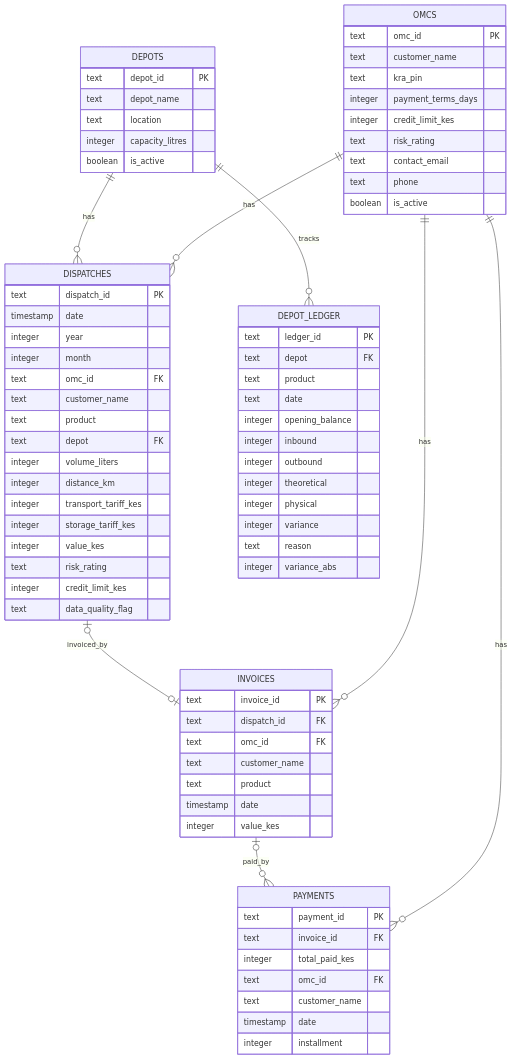
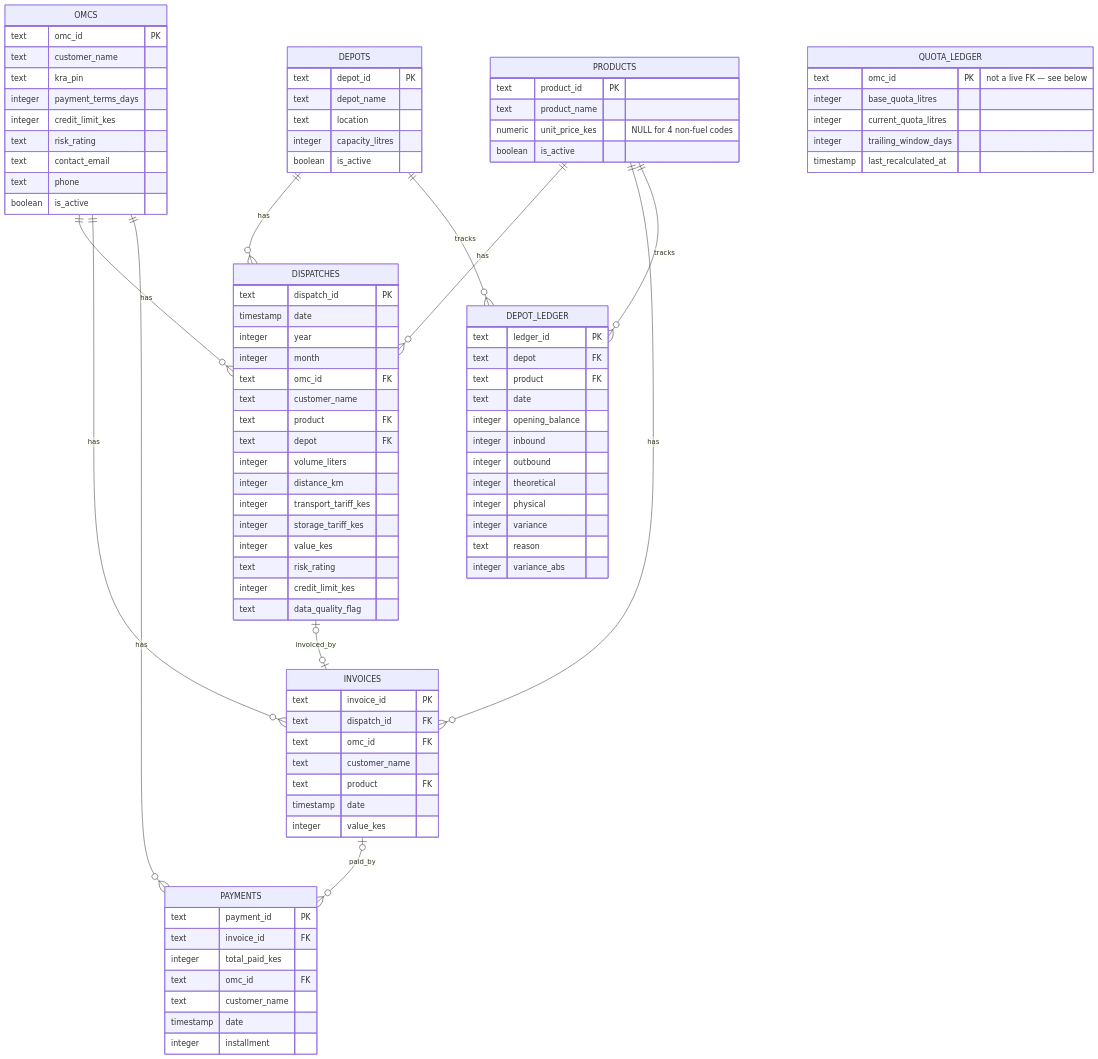
One commit to TristanBrian/revenue-assurance changed the diagram in backend/SCHEMA_NOTES.md. Above: the diagram before and after it, drawn with Mermaid. The commit also changed other lines of this file and 1 other file, not shown here.

Commit message:
docs: update schema docs for products, depots, and quota_ledger

```diff
--- a/backend/SCHEMA_NOTES.md
+++ b/backend/SCHEMA_NOTES.md
@@ -20,6 +22,9 @@
   OMCS ||--o{ PAYMENTS : has
   DEPOTS ||--o{ DISPATCHES : has
   DEPOTS ||--o{ DEPOT_LEDGER : tracks
+  PRODUCTS ||--o{ DISPATCHES : has
+  PRODUCTS ||--o{ INVOICES : has
+  PRODUCTS ||--o{ DEPOT_LEDGER : tracks
   DISPATCHES |o--o| INVOICES : invoiced_by
   INVOICES |o--o{ PAYMENTS : paid_by
 
@@ -35,11 +40,26 @@
     boolean is_active
   }
 
+  QUOTA_LEDGER {
+    text omc_id PK "not a live FK — see below"
+    integer base_quota_litres
+    integer current_quota_litres
+    integer trailing_window_days
+    timestamp last_recalculated_at
+  }
+
   DEPOTS {
     text depot_id PK
     text depot_name
     text location
     integer capacity_litres
+    boolean is_active
+  }
+
+  PRODUCTS {
+    text product_id PK
+    text product_name
+    numeric unit_price_kes "NULL for 4 non-fuel codes"
     boolean is_active
   }
 
@@ -50,7 +70,7 @@
     integer month
     text omc_id FK
     text customer_name
-    text product
+    text product FK
     text depot FK
     integer volume_liters
     integer distance_km
@@ -67,7 +87,7 @@
     text dispatch_id FK
     text omc_id FK
     text customer_name
-    text product
+    text product FK
     timestamp date
     integer value_kes
   }
@@ -85,7 +105,7 @@
   DEPOT_LEDGER {
     text ledger_id PK
     text depot FK
-    text product
+    text product FK
     text date
     integer opening_balance
     integer inbound
```
